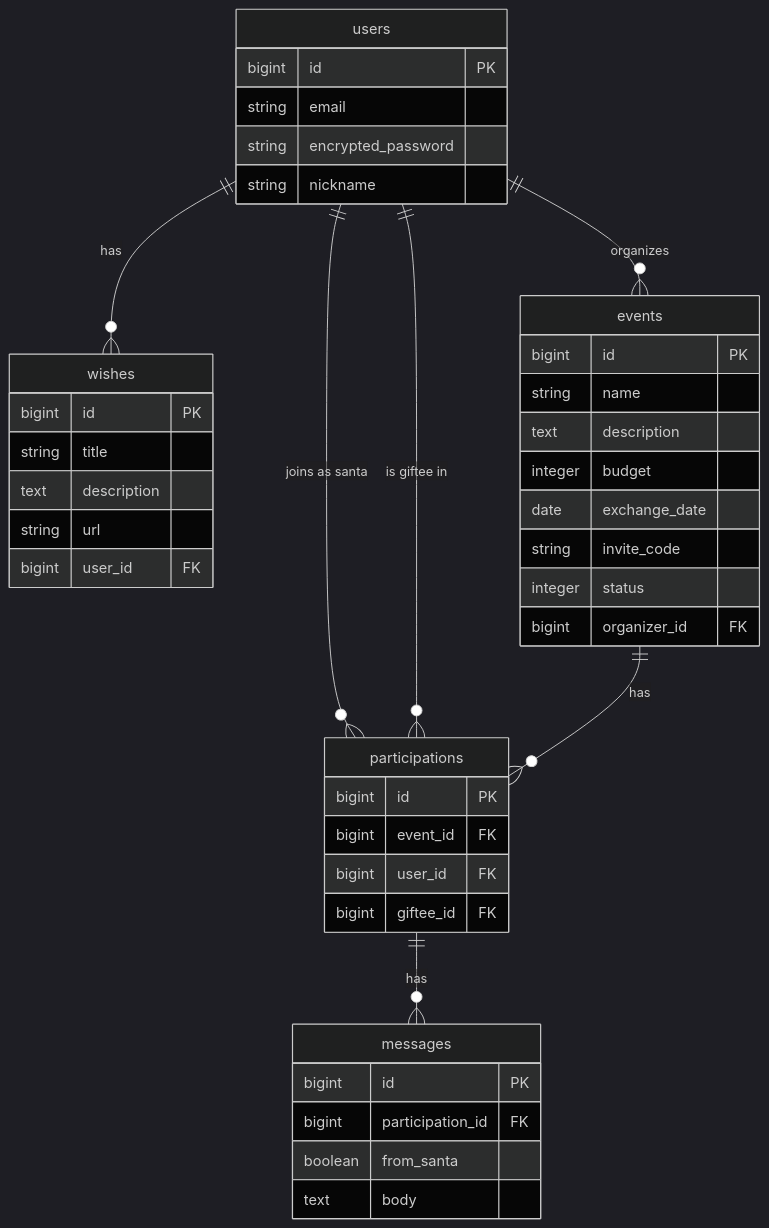
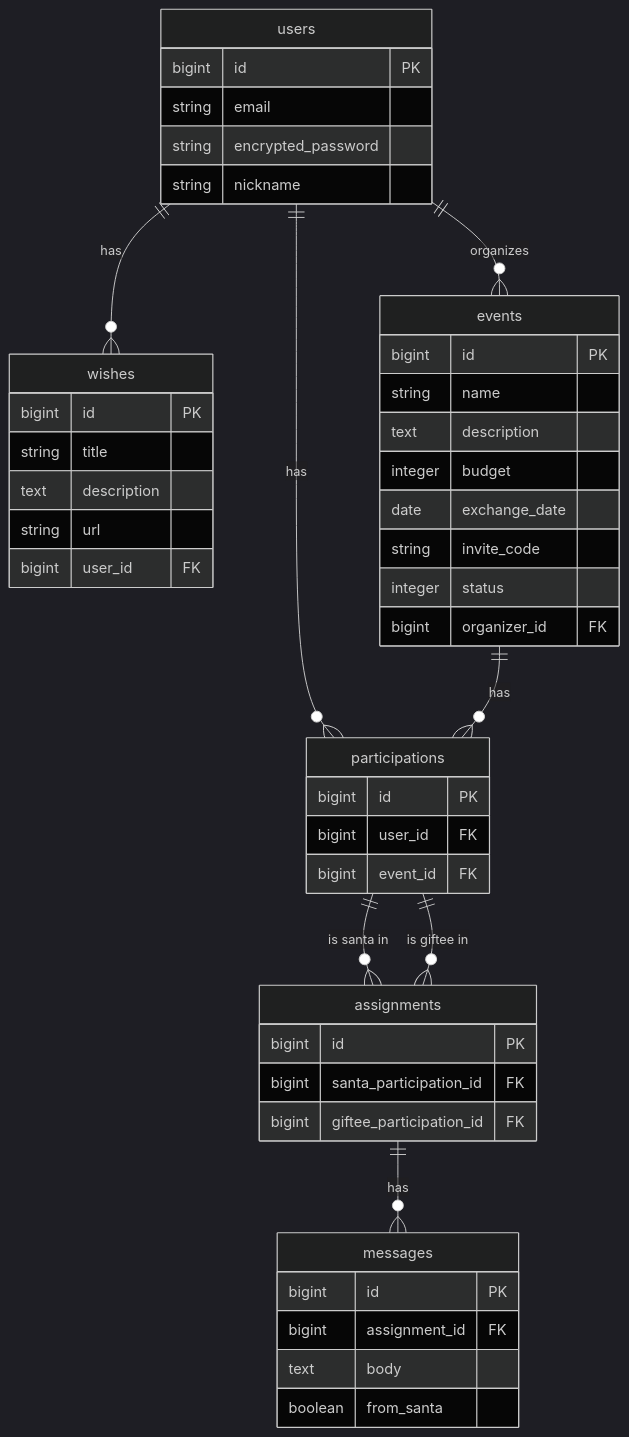
Before and after one commit to qcfrab/secret_santa: the diagram in README.md, drawn with Mermaid (dark theme). The commit also changed 28 other files, not shown here.

Commit message:
Refactor DB schema for assignments and messages

````diff
--- a/README.md
+++ b/README.md
@@ -7,45 +7,50 @@
 ```mermaid
 erDiagram
   users ||--o{ wishes : "has"
   users ||--o{ events : "organizes"
-  users ||--o{ participations : "joins as santa"
-  users ||--o{ participations : "is giftee in"
+  users ||--o{ participations : "has"
   events ||--o{ participations : "has"
-  participations ||--o{ messages : "has"
+  participations ||--o{ assignments : "is santa in"
+  participations ||--o{ assignments : "is giftee in"
+  assignments ||--o{ messages : "has"
 
   users {
     bigint id PK
     string email
     string encrypted_password
     string nickname
   }
   wishes {
     bigint id PK
     string title
     text description
     string url
     bigint user_id FK
   }
   events {
     bigint id PK
     string name
     text description
     integer budget
     date exchange_date
     string invite_code
     integer status
     bigint organizer_id FK
   }
   participations {
     bigint id PK
+    bigint user_id FK
     bigint event_id FK
-    bigint user_id FK
-    bigint giftee_id FK
+  }
+  assignments {
+    bigint id PK
+    bigint santa_participation_id FK
+    bigint giftee_participation_id FK
   }
   messages {
     bigint id PK
-    bigint participation_id FK
+    bigint assignment_id FK
+    text body
     boolean from_santa
-    text body
   }
 ```
````
